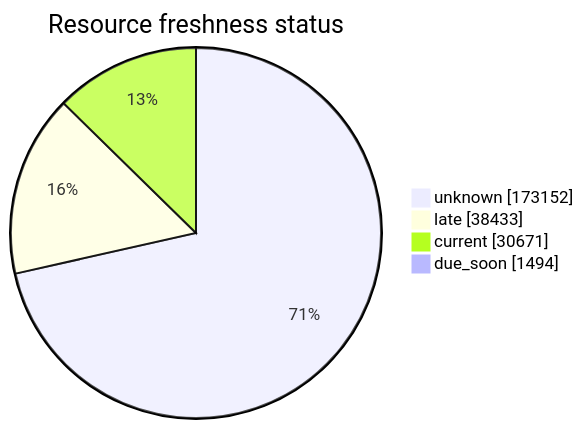
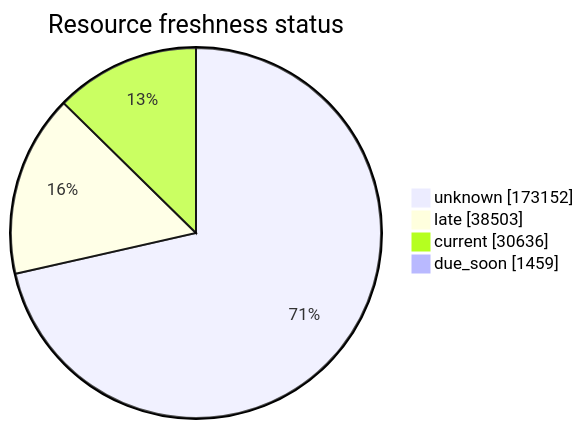
Before and after one commit to open-data/analytics-corporate-reporting: the third of 5 diagrams in FreshCheck/README.md, drawn with Mermaid. The commit also changed other lines of this file and 3 other files, not shown here.

````diff
--- a/FreshCheck/README.md
+++ b/FreshCheck/README.md
@@ -77,7 +77,7 @@
 ```mermaid
 pie showData title Resource freshness status
     "unknown": 173152
-    "late": 38433
-    "current": 30671
-    "due_soon": 1494
+    "late": 38503
+    "current": 30636
+    "due_soon": 1459
 ```
````
